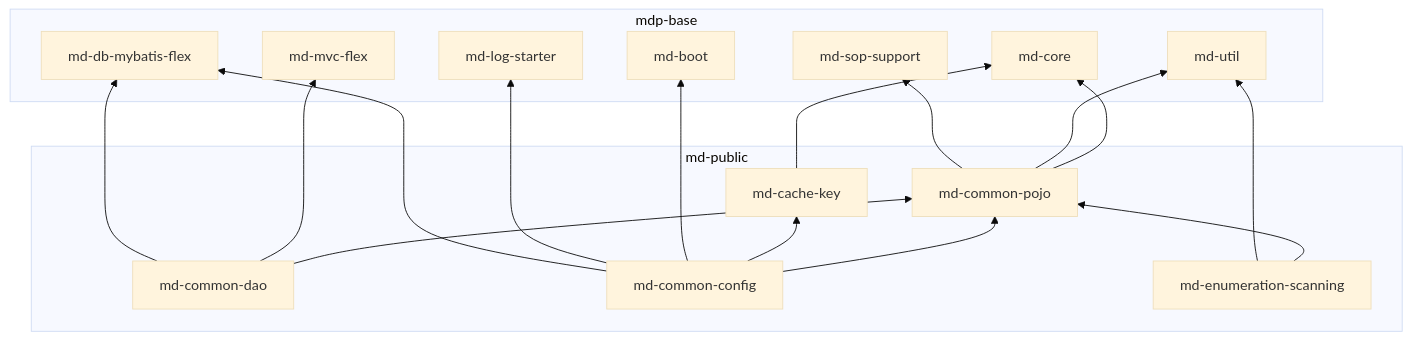
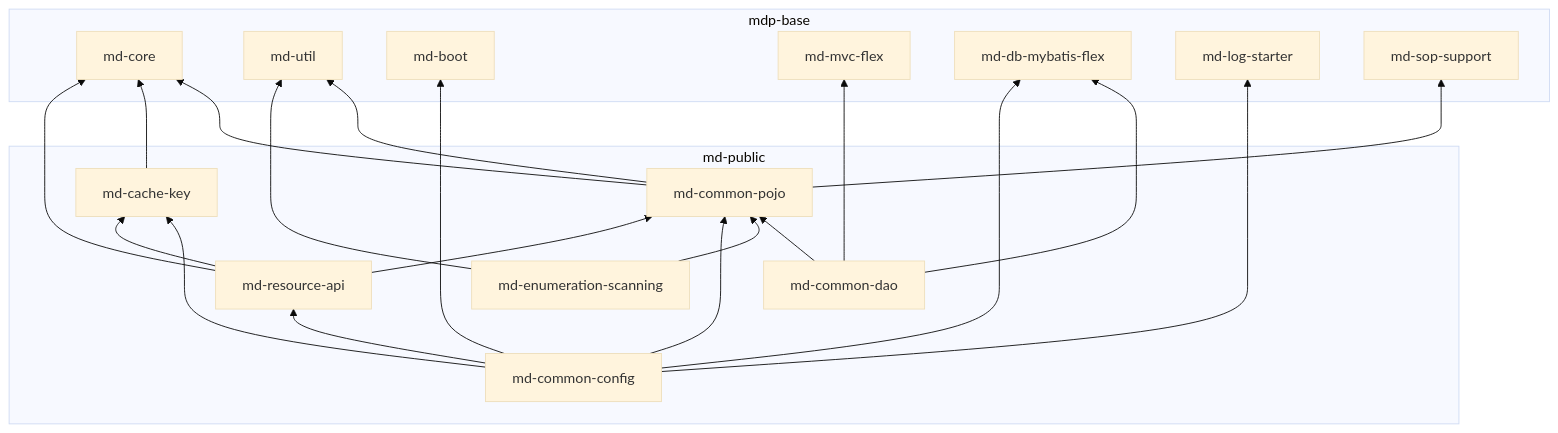
One commit to henhen6/mdp-docs changed the diagram in src/doc/source/md-public/README.md. Above: the diagram before and after it, drawn with Mermaid (base theme). The commit also changed other lines of this file and 6 other files, not shown here.

````diff
--- a/src/doc/source/md-public/README.md
+++ b/src/doc/source/md-public/README.md
@@ -34,34 +35,39 @@
 ```mermaid
 flowchart BT
     subgraph md-public
         pojo[md-common-pojo]
         dao[md-common-dao]
         config[md-common-config]
         ck[md-cache-key]
         enum[md-enumeration-scanning]
+        rapi[md-resource-api]
     end
     subgraph mdp-base
         core[md-core]
         util[md-util]
         boot[md-boot]
         mvcflex[md-mvc-flex]
         dbflex[md-db-mybatis-flex]
         log[md-log-starter]
         sop[md-sop-support]
     end
 
     pojo --> core
     pojo --> util
     pojo --> sop
     dao --> pojo
     dao --> mvcflex
     dao --> dbflex
     ck --> core
     enum --> pojo
     enum --> util
     config --> pojo
     config --> ck
     config --> boot
     config --> log
     config --> dbflex
+    config --> rapi
+    rapi --> core
+    rapi --> pojo
+    rapi --> ck
 ```
````
